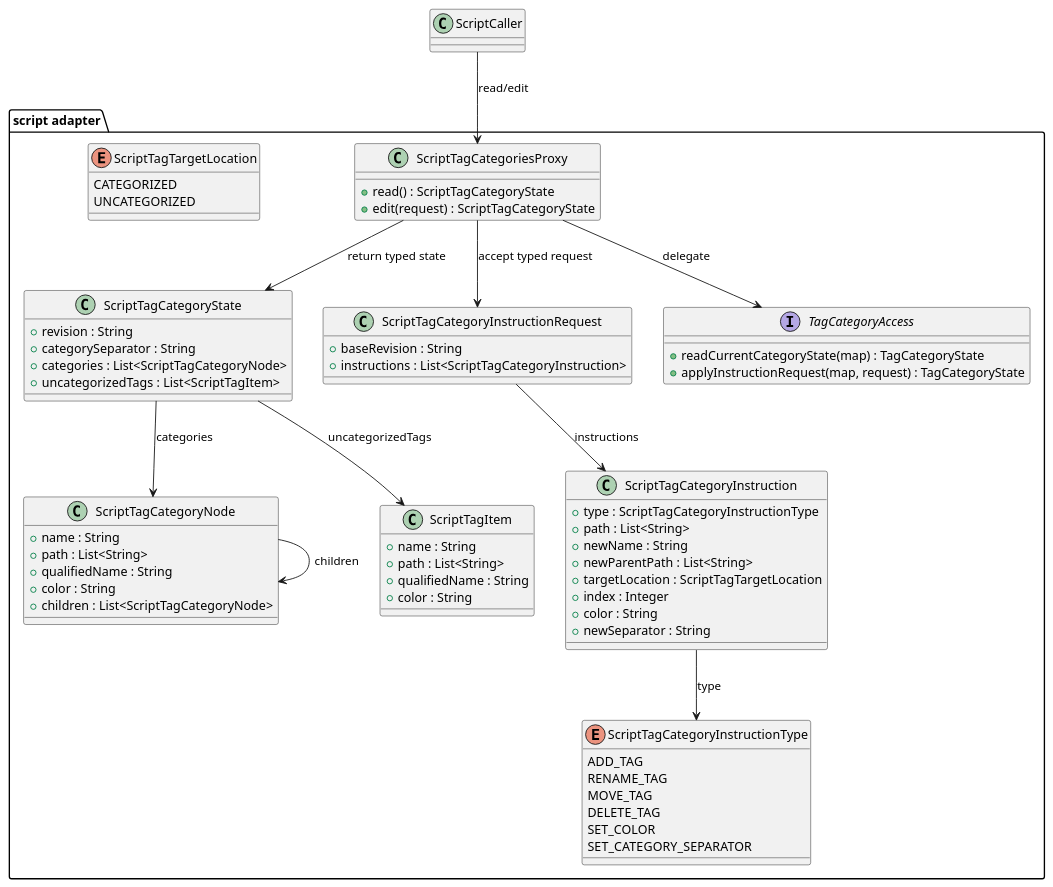
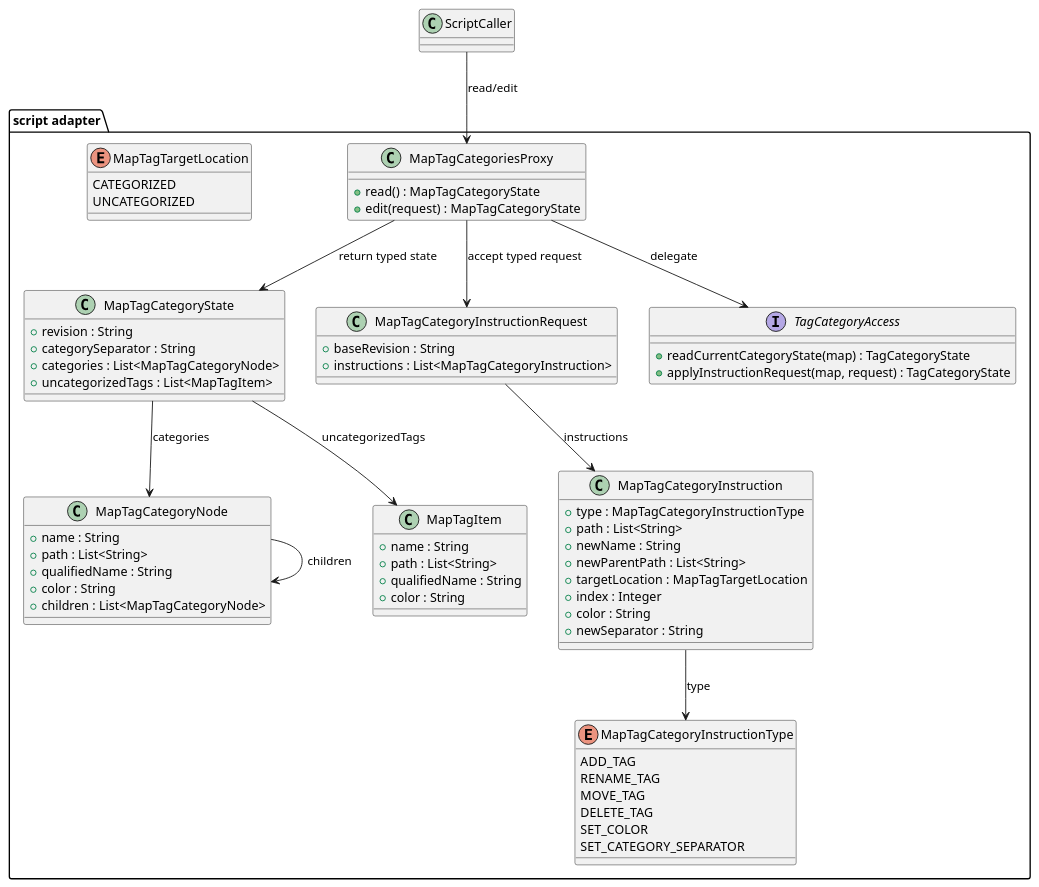
The fifth of 7 diagrams in ai-specs/tasks/in-progress/expose-node-tags-to-ai-tools.md (guoranjun2/nexordia), drawn with PlantUML before and after one commit. The commit also changed other lines of this file, not shown here.

Commit message:
expose-node-tags-ai-tools: Align task script naming with MapTag API

````diff
--- a/ai-specs/tasks/in-progress/expose-node-tags-to-ai-tools.md
+++ b/ai-specs/tasks/in-progress/expose-node-tags-to-ai-tools.md
@@ -921,71 +921,71 @@
 ```plantuml
 @startuml
 set separator none
 package "script adapter" {
-  class ScriptTagCategoriesProxy {
-    + read() : ScriptTagCategoryState
-    + edit(request) : ScriptTagCategoryState
+  class MapTagCategoriesProxy {
+    + read() : MapTagCategoryState
+    + edit(request) : MapTagCategoryState
   }
-  class ScriptTagCategoryState {
+  class MapTagCategoryState {
     + revision : String
     + categorySeparator : String
-    + categories : List<ScriptTagCategoryNode>
-    + uncategorizedTags : List<ScriptTagItem>
+    + categories : List<MapTagCategoryNode>
+    + uncategorizedTags : List<MapTagItem>
   }
-  class ScriptTagCategoryNode {
+  class MapTagCategoryNode {
     + name : String
     + path : List<String>
     + qualifiedName : String
     + color : String
-    + children : List<ScriptTagCategoryNode>
+    + children : List<MapTagCategoryNode>
   }
-  class ScriptTagItem {
+  class MapTagItem {
     + name : String
     + path : List<String>
     + qualifiedName : String
     + color : String
   }
-  class ScriptTagCategoryInstructionRequest {
+  class MapTagCategoryInstructionRequest {
     + baseRevision : String
-    + instructions : List<ScriptTagCategoryInstruction>
+    + instructions : List<MapTagCategoryInstruction>
   }
-  class ScriptTagCategoryInstruction {
-    + type : ScriptTagCategoryInstructionType
+  class MapTagCategoryInstruction {
+    + type : MapTagCategoryInstructionType
     + path : List<String>
     + newName : String
     + newParentPath : List<String>
-    + targetLocation : ScriptTagTargetLocation
+    + targetLocation : MapTagTargetLocation
     + index : Integer
     + color : String
     + newSeparator : String
   }
   interface TagCategoryAccess {
     + readCurrentCategoryState(map) : TagCategoryState
     + applyInstructionRequest(map, request) : TagCategoryState
   }
-  enum ScriptTagCategoryInstructionType {
+  enum MapTagCategoryInstructionType {
     ADD_TAG
     RENAME_TAG
     MOVE_TAG
     DELETE_TAG
     SET_COLOR
     SET_CATEGORY_SEPARATOR
   }
-  enum ScriptTagTargetLocation {
+  enum MapTagTargetLocation {
     CATEGORIZED
     UNCATEGORIZED
   }
 }
 class ScriptCaller
 
-ScriptCaller --> ScriptTagCategoriesProxy : read/edit
-ScriptTagCategoriesProxy --> ScriptTagCategoryState : return typed state
-ScriptTagCategoriesProxy --> ScriptTagCategoryInstructionRequest : accept typed request
-ScriptTagCategoriesProxy --> TagCategoryAccess : delegate
-ScriptTagCategoryState --> ScriptTagCategoryNode : categories
-ScriptTagCategoryState --> ScriptTagItem : uncategorizedTags
-ScriptTagCategoryNode --> ScriptTagCategoryNode : children
-ScriptTagCategoryInstructionRequest --> ScriptTagCategoryInstruction : instructions
-ScriptTagCategoryInstruction --> ScriptTagCategoryInstructionType : type
+ScriptCaller --> MapTagCategoriesProxy : read/edit
+MapTagCategoriesProxy --> MapTagCategoryState : return typed state
+MapTagCategoriesProxy --> MapTagCategoryInstructionRequest : accept typed request
+MapTagCategoriesProxy --> TagCategoryAccess : delegate
+MapTagCategoryState --> MapTagCategoryNode : categories
+MapTagCategoryState --> MapTagItem : uncategorizedTags
+MapTagCategoryNode --> MapTagCategoryNode : children
+MapTagCategoryInstructionRequest --> MapTagCategoryInstruction : instructions
+MapTagCategoryInstruction --> MapTagCategoryInstructionType : type
 @enduml
 ```
````
